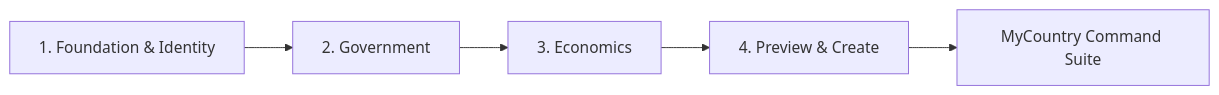
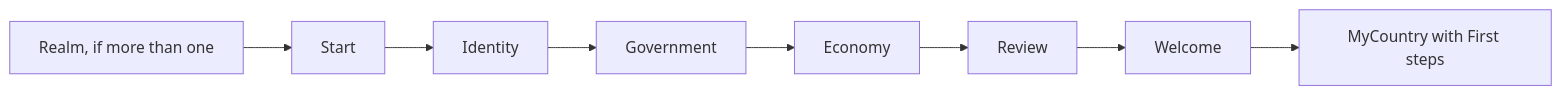
Before and after one commit to algolds/ixstats: the diagram in docs/systems/builder.md, drawn with Mermaid. The commit also changed other lines of this file and 38 other files, not shown here.

First line of the commit message:
Rewrite builder docs and help for the shipped founding flow and editor

````diff
--- a/docs/systems/builder.md
+++ b/docs/systems/builder.md
@@ -44,7 +18,10 @@
 ```mermaid
 graph LR
-    A[1. Foundation & Identity] --> B[2. Government]
-    B --> C[3. Economics]
-    C --> D[4. Preview & Create]
-    D --> E[MyCountry Command Suite]
+    R[Realm, if more than one] --> S[Start]
+    S --> I[Identity]
+    I --> G[Government]
+    G --> E[Economy]
+    E --> V[Review]
+    V --> W[Welcome]
+    W --> M[MyCountry with First steps]
 ```
````
